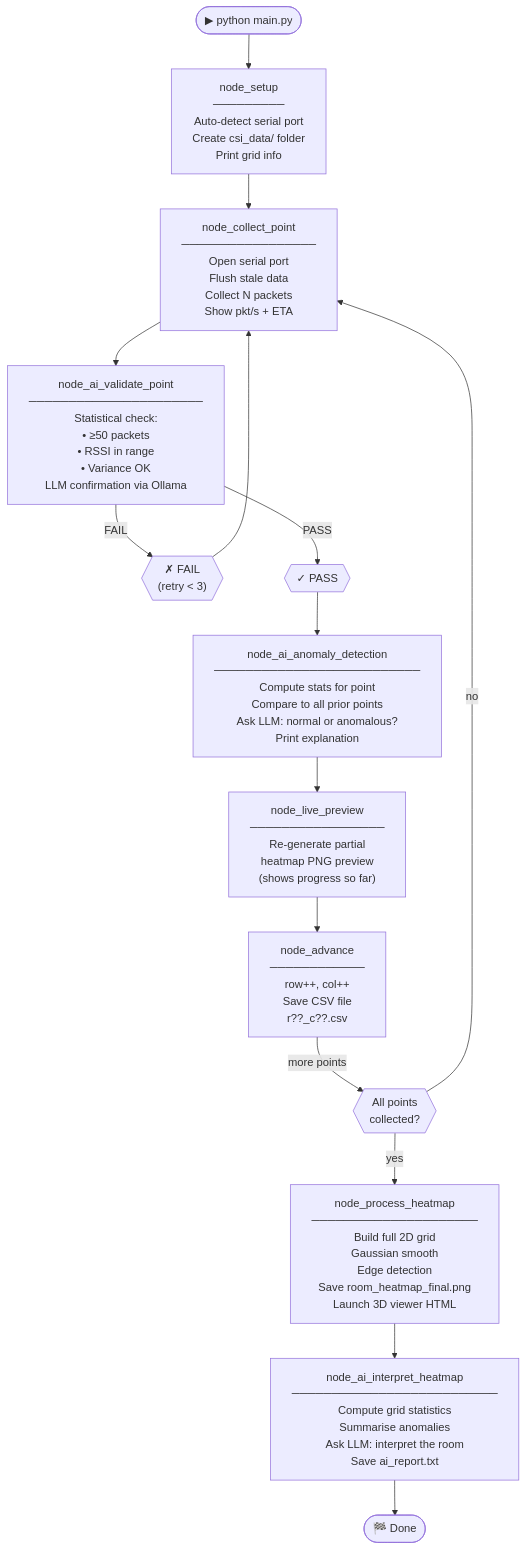
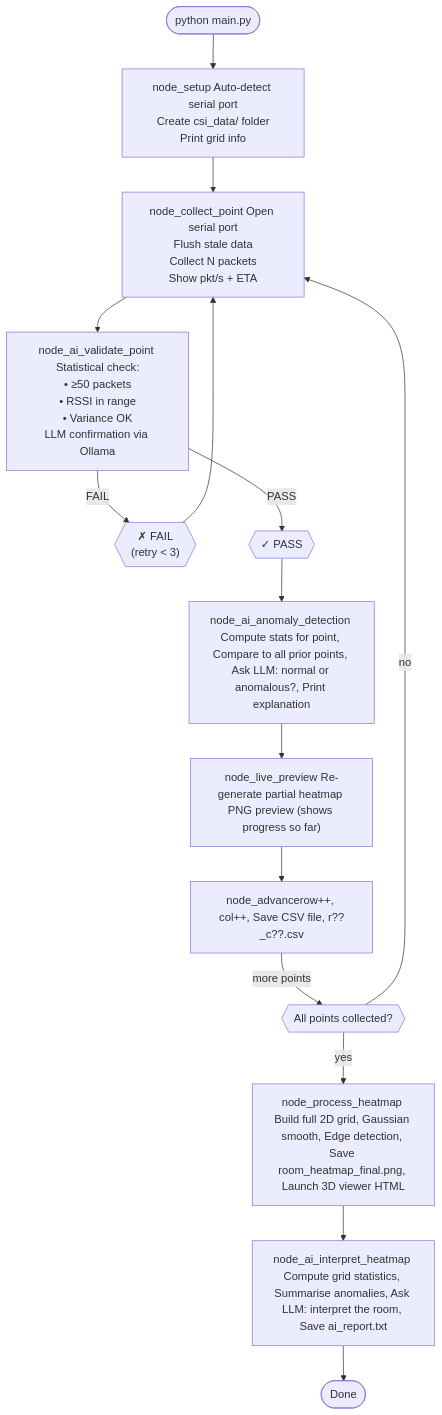
The third of 7 diagrams in PROJECT_FLOW.md (Fairtexas5/AetherScan-Seance), drawn with Mermaid before and after one commit. The commit also changed other lines of this file and 5 other files, not shown here.

````diff
--- a/PROJECT_FLOW.md
+++ b/PROJECT_FLOW.md
@@ -91,23 +91,23 @@
 ```mermaid
 flowchart TD
-    START(["▶ python main.py"])
-    SETUP["node_setup\n─────────\nAuto-detect serial port\nCreate csi_data/ folder\nPrint grid info"]
-    COLLECT["node_collect_point\n─────────────────\nOpen serial port\nFlush stale data\nCollect N packets\nShow pkt/s + ETA"]
-    AIVAL["node_ai_validate_point\n──────────────────────\nStatistical check:\n• ≥50 packets\n• RSSI in range\n• Variance OK\nLLM confirmation via Ollama"]
+    START(["python main.py"])
+    SETUP["node_setup Auto-detect serial port\nCreate csi_data/ folder\nPrint grid info"]
+    COLLECT["node_collect_point Open serial port\nFlush stale data\nCollect N packets\nShow pkt/s + ETA"]
+    AIVAL["node_ai_validate_point Statistical check:\n• ≥50 packets\n• RSSI in range\n• Variance OK\nLLM confirmation via Ollama"]
     FAIL{{"✗ FAIL\n(retry < 3)"}}
     PASS{{"✓ PASS"}}
-    ANOMALY["node_ai_anomaly_detection\n──────────────────────────\nCompute stats for point\nCompare to all prior points\nAsk LLM: normal or anomalous?\nPrint explanation"]
-    PREVIEW["node_live_preview\n─────────────────\nRe-generate partial\nheatmap PNG preview\n(shows progress so far)"]
-    ADVANCE["node_advance\n────────────\nrow++, col++\nSave CSV file\nr??_c??.csv"]
-    DONE{{"All points\ncollected?"}}
-    HEATMAP["node_process_heatmap\n─────────────────────\nBuild full 2D grid\nGaussian smooth\nEdge detection\nSave room_heatmap_final.png\nLaunch 3D viewer HTML"]
-    INTERP["node_ai_interpret_heatmap\n──────────────────────────\nCompute grid statistics\nSummarise anomalies\nAsk LLM: interpret the room\nSave ai_report.txt"]
-    END(["🏁 Done"])
+    ANOMALY["node_ai_anomaly_detection Compute stats for point, Compare to all prior points, Ask LLM: normal or anomalous?, Print explanation"]
+    PREVIEW["node_live_preview Re-generate partial heatmap PNG preview (shows progress so far)"]
+    ADVANCE["node_advancerow++, col++, Save CSV file, r??_c??.csv"]
+    DONE{{"All points collected?"}}
+    HEATMAP["node_process_heatmap Build full 2D grid, Gaussian smooth, Edge detection, Save room_heatmap_final.png, Launch 3D viewer HTML"]
+    INTERP["node_ai_interpret_heatmap Compute grid statistics, Summarise anomalies, Ask LLM: interpret the room, Save ai_report.txt"]
+    END([" Done"])
 
     START --> SETUP --> COLLECT --> AIVAL
     AIVAL -- FAIL --> FAIL --> COLLECT
     AIVAL -- PASS --> PASS --> ANOMALY --> PREVIEW --> ADVANCE
     ADVANCE -- more points --> DONE
     DONE -- no --> COLLECT
     DONE -- yes --> HEATMAP --> INTERP --> END
 ```
````
